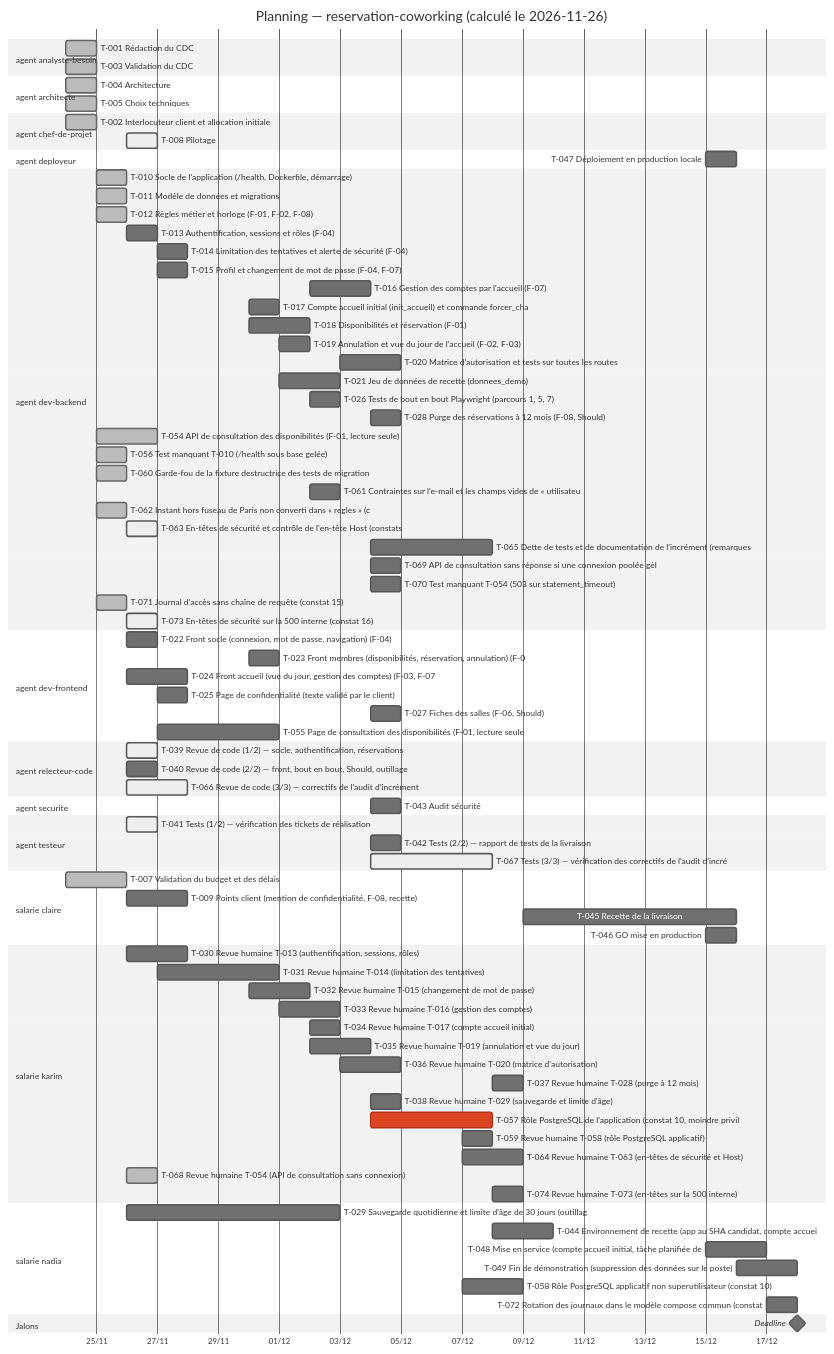
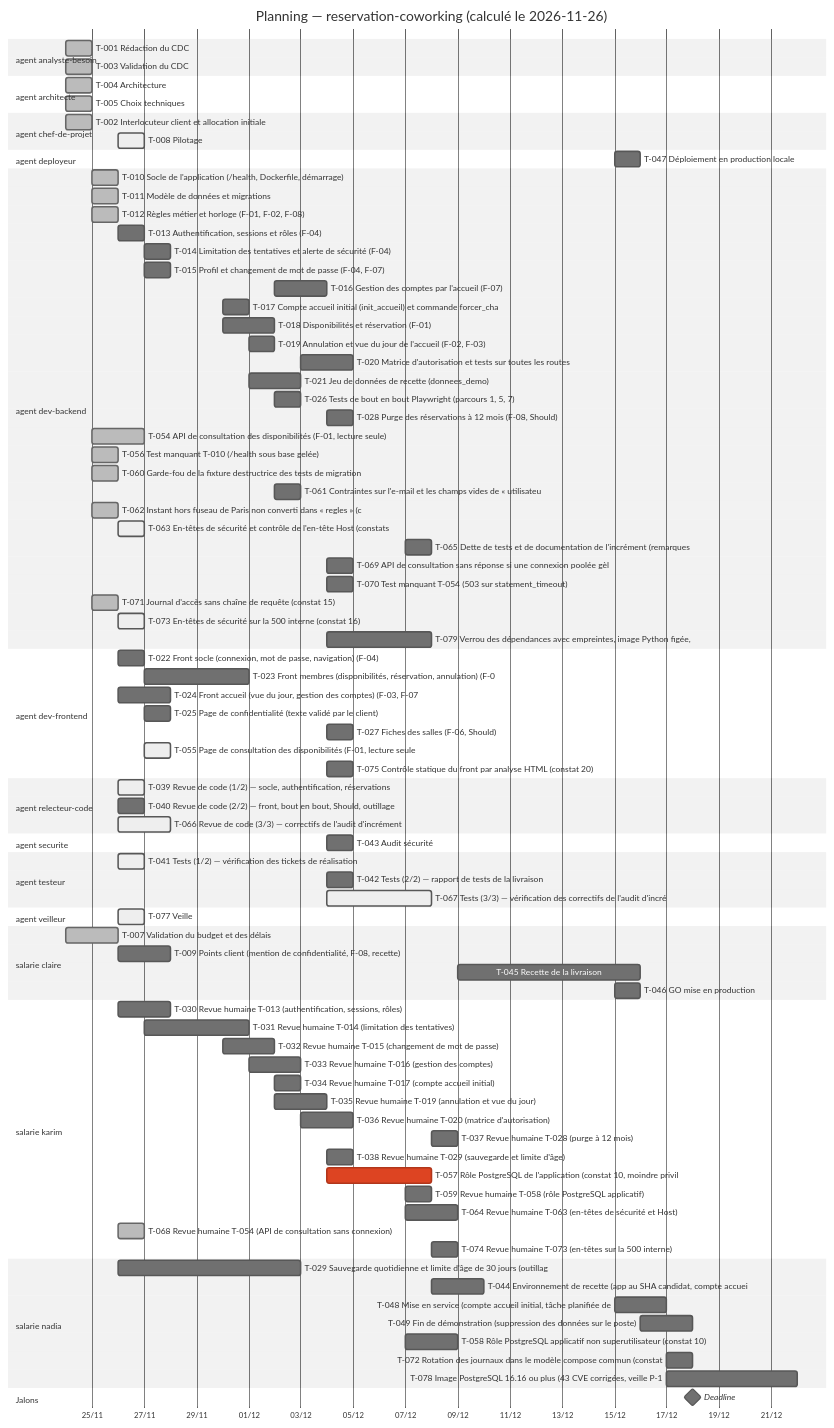
Before and after one commit to LopezMat/tpGestionProjet: the diagram in projets/reservation-coworking/TABLEAU.md, drawn with Mermaid (neutral theme). The commit also changed other lines of this file and 6 other files, not shown here.

````diff
--- a/projets/reservation-coworking/TABLEAU.md
+++ b/projets/reservation-coworking/TABLEAU.md
@@ -126,18 +128,20 @@
     T-061 Contraintes sur l'e-mail et les champs vides de « utilisateu :t061, 2026-12-02, 2026-12-03
     T-062 Instant hors fuseau de Paris non converti dans « regles » (c :done, t062, 2026-11-25, 2026-11-26
     T-063 En-têtes de sécurité et contrôle de l'en-tête Host (constats :active, t063, 2026-11-26, 2026-11-27
-    T-065 Dette de tests et de documentation de l'incrément (remarques :t065, 2026-12-04, 2026-12-08
+    T-065 Dette de tests et de documentation de l'incrément (remarques :t065, 2026-12-07, 2026-12-08
     T-069 API de consultation sans réponse si une connexion poolée gèl :t069, 2026-12-04, 2026-12-05
     T-070 Test manquant T-054 (503 sur statement_timeout) :t070, 2026-12-04, 2026-12-05
     T-071 Journal d'accès sans chaîne de requête (constat 15) :done, t071, 2026-11-25, 2026-11-26
     T-073 En-têtes de sécurité sur la 500 interne (constat 16) :active, t073, 2026-11-26, 2026-11-27
+    T-079 Verrou des dépendances avec empreintes, image Python figée,  :t079, 2026-12-04, 2026-12-08
     section agent dev-frontend
     T-022 Front socle (connexion, mot de passe, navigation) (F-04) :t022, 2026-11-26, 2026-11-27
-    T-023 Front membres (disponibilités, réservation, annulation) (F-0 :t023, 2026-11-30, 2026-12-01
+    T-023 Front membres (disponibilités, réservation, annulation) (F-0 :t023, 2026-11-27, 2026-12-01
     T-024 Front accueil (vue du jour, gestion des comptes) (F-03, F-07 :t024, 2026-11-26, 2026-11-28
     T-025 Page de confidentialité (texte validé par le client) :t025, 2026-11-27, 2026-11-28
     T-027 Fiches des salles (F-06, Should) :t027, 2026-12-04, 2026-12-05
-    T-055 Page de consultation des disponibilités (F-01, lecture seule :t055, 2026-11-27, 2026-12-01
+    T-055 Page de consultation des disponibilités (F-01, lecture seule :active, t055, 2026-11-27, 2026-11-28
+    T-075 Contrôle statique du front par analyse HTML (constat 20) :t075, 2026-12-04, 2026-12-05
     section agent relecteur-code
     T-039 Revue de code (1/2) — socle, authentification, réservations :active, t039, 2026-11-26, 2026-11-27
     T-040 Revue de code (2/2) — front, bout en bout, Should, outillage :t040, 2026-11-26, 2026-11-27
@@ -148,6 +152,8 @@
     T-041 Tests (1/2) — vérification des tickets de réalisation :active, t041, 2026-11-26, 2026-11-27
     T-042 Tests (2/2) — rapport de tests de la livraison :t042, 2026-12-04, 2026-12-05
     T-067 Tests (3/3) — vérification des correctifs de l'audit d'incré :active, t067, 2026-12-04, 2026-12-08
+    section agent veilleur
+    T-077 Veille :active, t077, 2026-11-26, 2026-11-27
     section salarie claire
     T-007 Validation du budget et des délais :done, t007, 2026-11-24, 2026-11-26
     T-009 Points client (mention de confidentialité, F-08, recette) :t009, 2026-11-26, 2026-11-28
@@ -175,6 +181,7 @@
     T-049 Fin de démonstration (suppression des données sur le poste) :t049, 2026-12-16, 2026-12-18
     T-058 Rôle PostgreSQL applicatif non superutilisateur (constat 10) :t058, 2026-12-07, 2026-12-09
     T-072 Rotation des journaux dans le modèle compose commun (constat :t072, 2026-12-17, 2026-12-18
+    T-078 Image PostgreSQL 16.16 ou plus (43 CVE corrigées, veille P-1 :t078, 2026-12-17, 2026-12-22
     section Jalons
     Deadline :milestone, deadline, 2026-12-18, 0d
 ```
````
